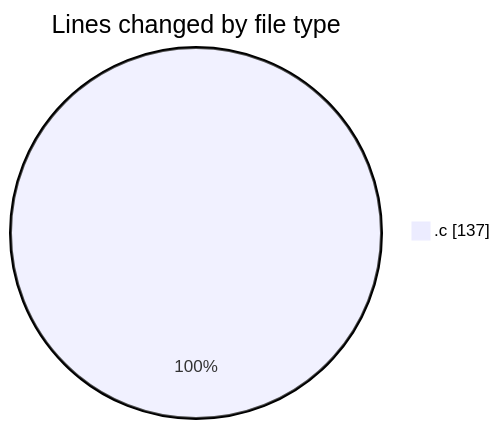
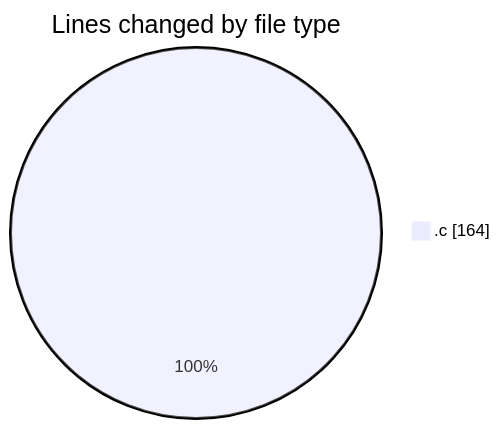
One commit to donsfak/code-tracking changed the first of 2 diagrams in 2025-09-17/th_orie_des_graphes/README.md. Above: the diagram before and after it, drawn with Mermaid. The commit also changed other lines of this file and 1 other file, not shown here.

````diff
--- a/2025-09-17/th_orie_des_graphes/README.md
+++ b/2025-09-17/th_orie_des_graphes/README.md
@@ -20,5 +20,5 @@
 ```mermaid
 pie showData
 title Lines changed by file type
-".c" : 137
+".c" : 164
 ```
````
